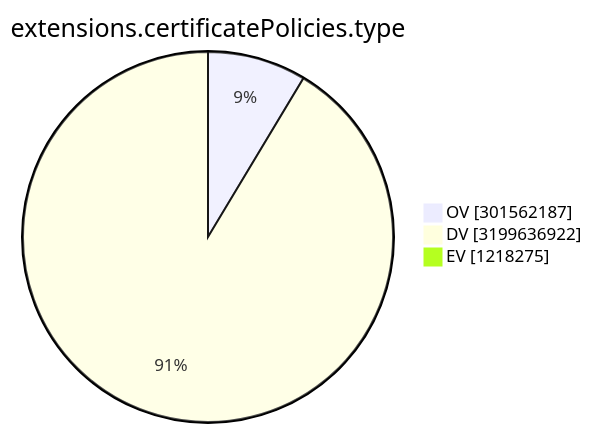
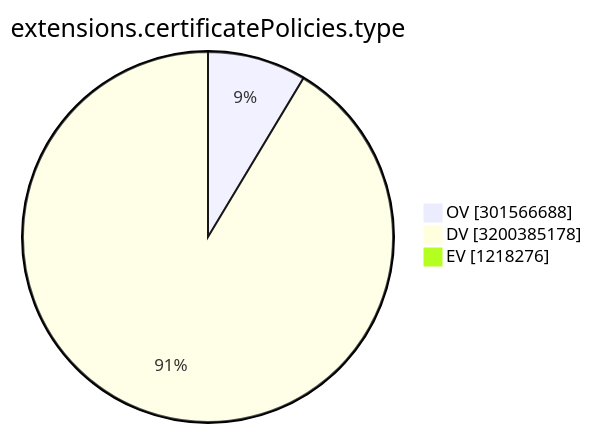
One commit to christiankrug/ctmonitor_visualization changed the ninth of 15 diagrams in TOTAL/README.md. Above: the diagram before and after it, drawn with Mermaid. The commit also changed other lines of this file, not shown here.

````diff
--- a/TOTAL/README.md
+++ b/TOTAL/README.md
@@ -3106,7 +3106,7 @@
 ```mermaid
 pie showData
 title extensions.certificatePolicies.type
-"OV" :301562187
-"DV" :3199636922
-"EV" :1218275
+"OV" :301566688
+"DV" :3200385178
+"EV" :1218276
 ```
````
